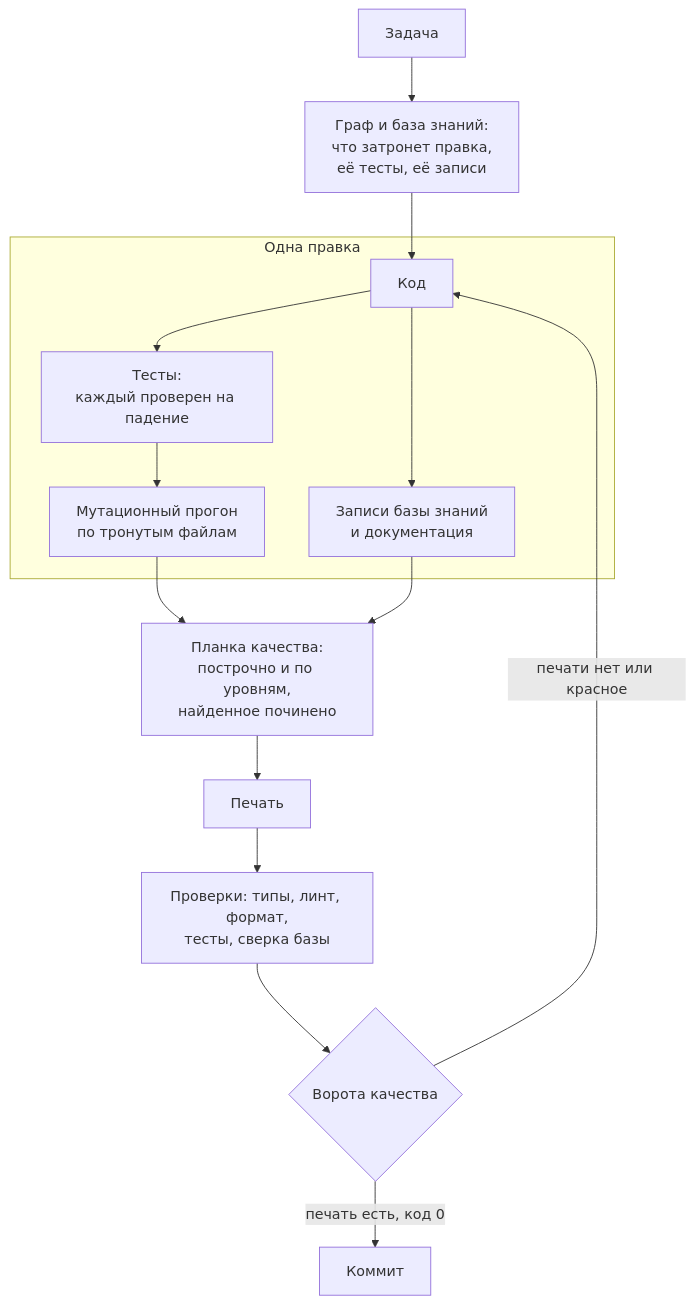
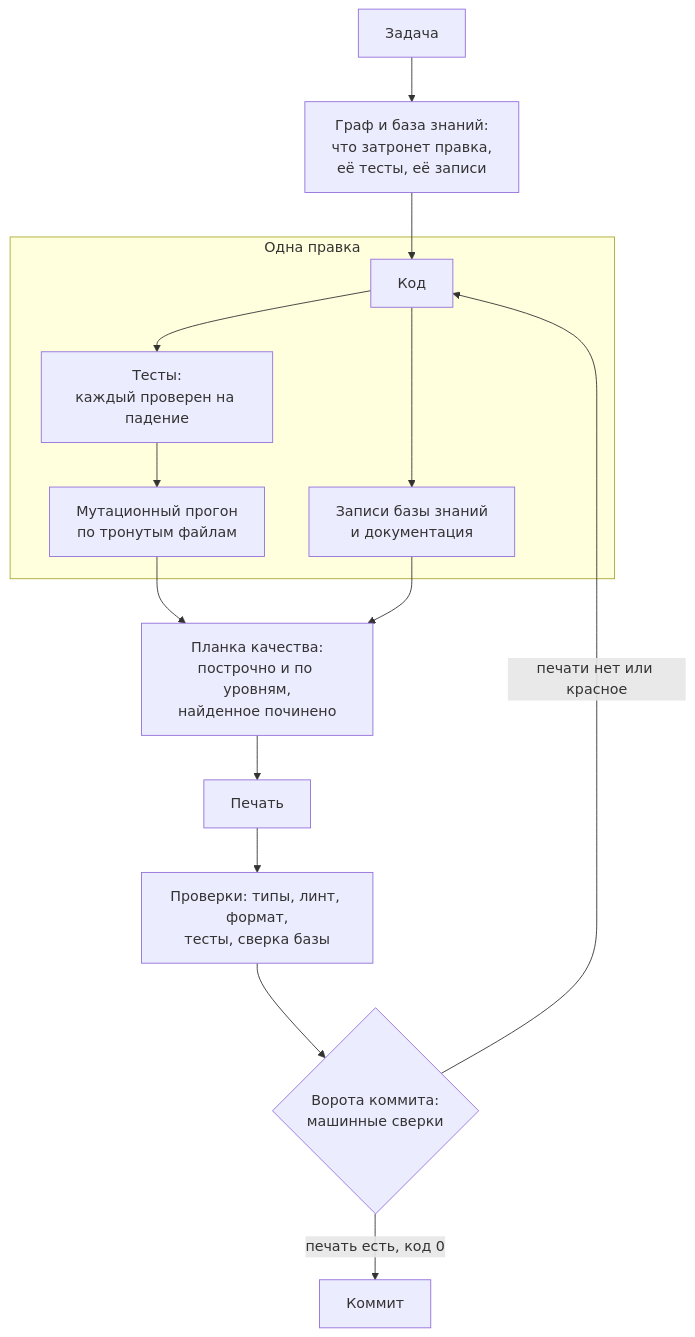
Before and after one commit to Igor-lx/claudeHarness: the first of 2 diagrams in README.ru.md, drawn with Mermaid. The commit also changed other lines of this file and 1 other file, not shown here.

````diff
--- a/README.ru.md
+++ b/README.ru.md
@@ -158,17 +134,17 @@
 ```mermaid
 flowchart TD
   A[Задача] --> B["Граф и база знаний:<br>что затронет правка,<br>её тесты, её записи"]
   B --> C[Код]
   subgraph edit [Одна правка]
     C --> T["Тесты:<br>каждый проверен на падение"]
     C --> R["Записи базы знаний<br>и документация"]
     T --> M["Мутационный прогон<br>по тронутым файлам"]
   end
   M --> P["Планка качества:<br>построчно и по уровням,<br>найденное починено"]
   R --> P
   P --> S[Печать]
   S --> K["Проверки: типы, линт, формат,<br>тесты, сверка базы"]
-  K --> G{Ворота качества}
+  K --> G{"Ворота коммита:<br>машинные сверки"}
   G -- "печать есть, код 0" --> H[Коммит]
   G -- "печати нет или красное" --> C
 ```
````
